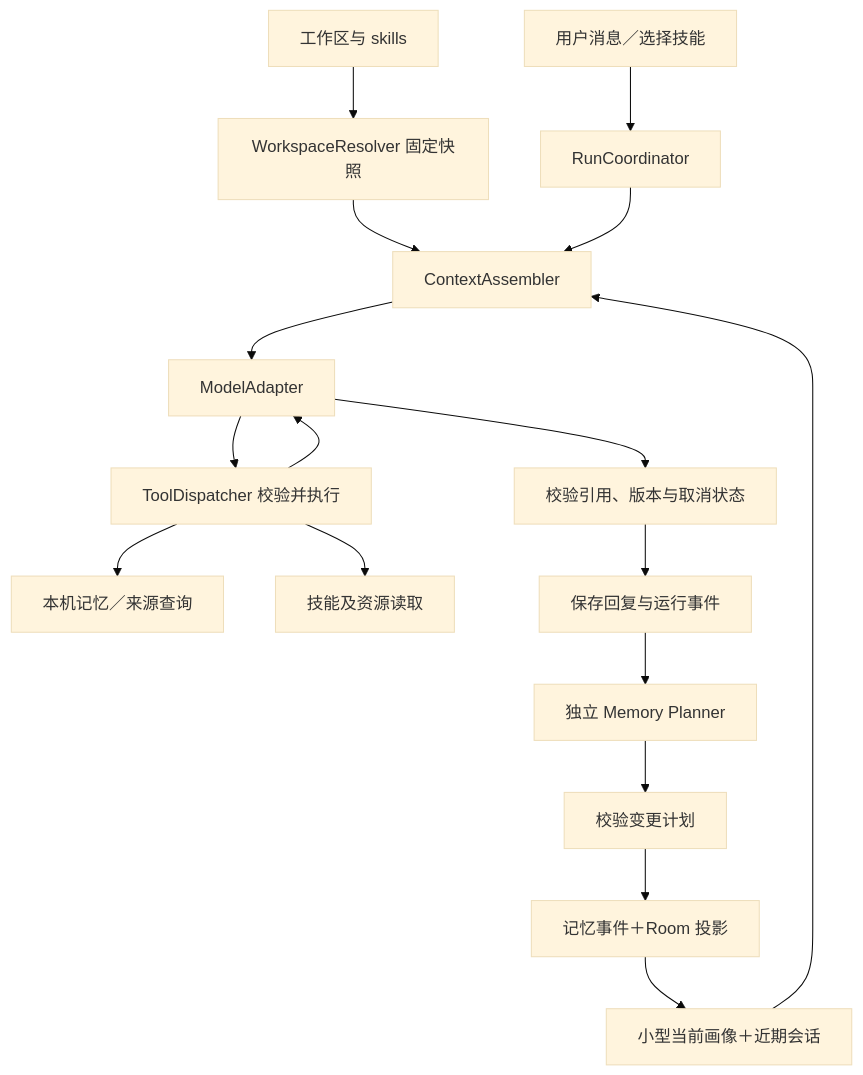
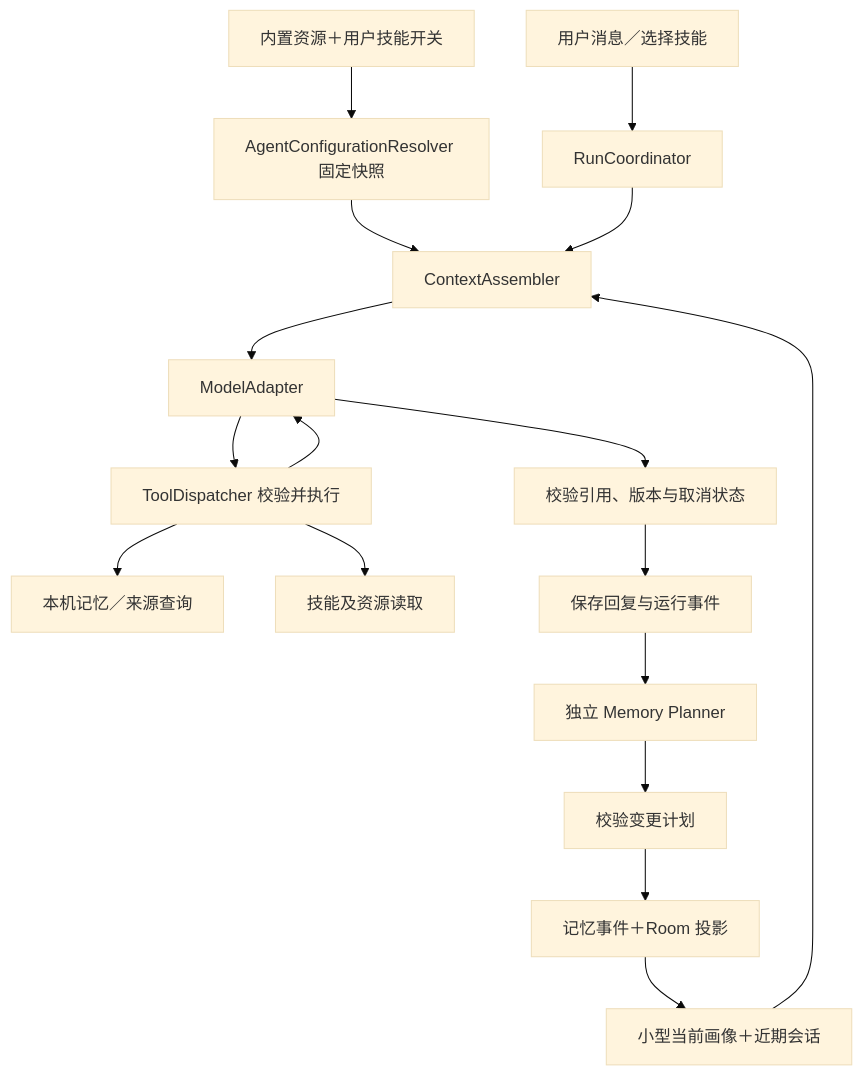
Before and after one commit to Yjsmall/RecordMemory: the diagram in docs/architecture/personal-agent.md, drawn with Mermaid (base theme). The commit also changed other lines of this file and 5 other files, not shown here.

Commit message:
docs: use built-in agent skills with persistent enable switches

````diff
--- a/docs/architecture/personal-agent.md
+++ b/docs/architecture/personal-agent.md
@@ -73,19 +74,19 @@
 ```mermaid
 flowchart TD
     U[用户消息／选择技能] --> R[RunCoordinator]
-    W[工作区与 skills] --> S[WorkspaceResolver 固定快照]
+    W[内置资源＋用户技能开关] --> S[AgentConfigurationResolver 固定快照]
     S --> C[ContextAssembler]
     P[小型当前画像＋近期会话] --> C
     R --> C
     C --> A[ModelAdapter]
     A --> T[ToolDispatcher 校验并执行]
     T --> L[本机记忆／来源查询]
     T --> K[技能及资源读取]
     T --> A
     A --> V[校验引用、版本与取消状态]
     V --> E[保存回复与运行事件]
     E --> M[独立 Memory Planner]
     M --> D[校验变更计划]
     D --> B[记忆事件＋Room 投影]
     B --> P
 ```
````
